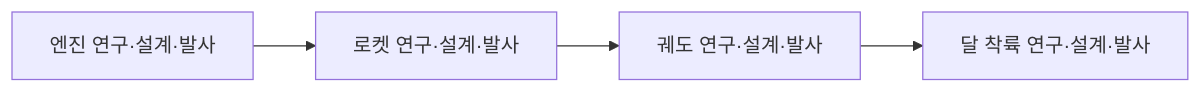
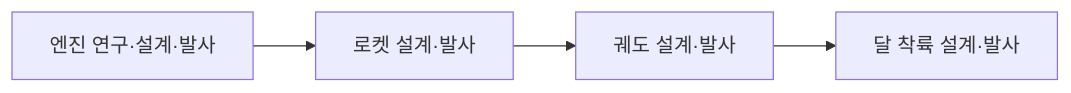
Before and after one commit to NHNAI-26/2026NHNAI: the second of 2 diagrams in docs/artemis-2026-gdd/02_전체_플레이_흐름.md, drawn with Mermaid. The commit also changed other lines of this file and 17 other files, not shown here.

````diff
--- a/docs/artemis-2026-gdd/02_전체_플레이_흐름.md
+++ b/docs/artemis-2026-gdd/02_전체_플레이_흐름.md
@@ -94,6 +94,6 @@
 ```mermaid
 flowchart LR
-    E[엔진 연구·설계·발사] --> R[로켓 연구·설계·발사]
-    R --> O[궤도 연구·설계·발사]
-    O --> M[달 착륙 연구·설계·발사]
+    E[엔진 연구·설계·발사] --> R[로켓 설계·발사]
+    R --> O[궤도 설계·발사]
+    O --> M[달 착륙 설계·발사]
 ```
````
